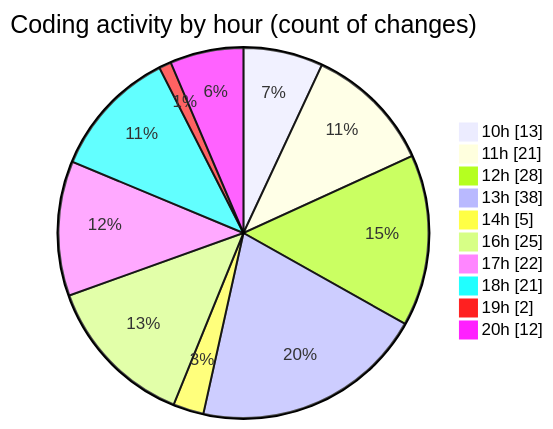
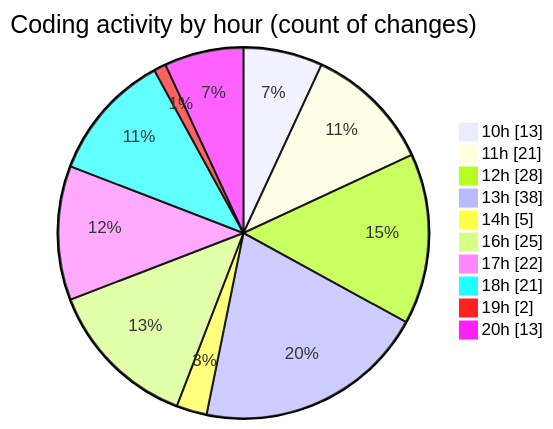
Before and after one commit to momahboobian/code-tracking: the second of 2 diagrams in 2025-06-19/cda/README.md, drawn with Mermaid. The commit also changed other lines of this file and 1 other file, not shown here.

````diff
--- a/2025-06-19/cda/README.md
+++ b/2025-06-19/cda/README.md
@@ -49,14 +49,14 @@
 ```mermaid
 pie showData
 title Coding activity by hour (count of changes)
 "10h" : 13
 "11h" : 21
 "12h" : 28
 "13h" : 38
 "14h" : 5
 "16h" : 25
 "17h" : 22
 "18h" : 21
 "19h" : 2
-"20h" : 12
+"20h" : 13
 ```
````
